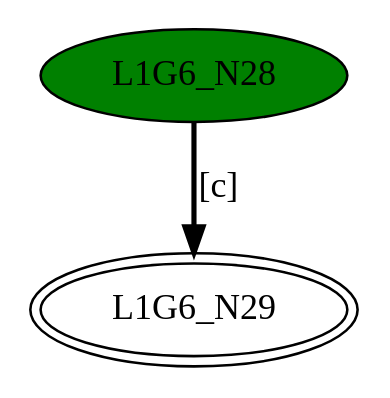
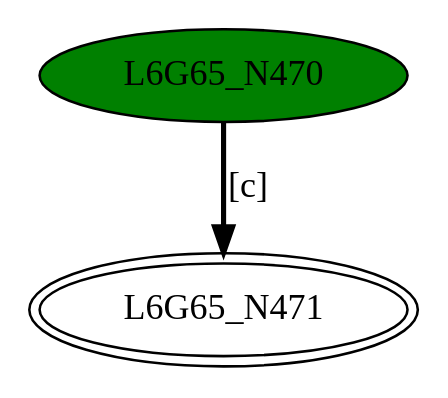
The diagram in DFASimulator/Testbench/BasicChar_[c].dot (GDimitroulakos/EDUFLEX), drawn with Graphviz before and after one commit. The commit also changed 192 other files, not shown here.

```diff
--- a/DFASimulator/Testbench/BasicChar_[c].dot
+++ b/DFASimulator/Testbench/BasicChar_[c].dot
@@ -1,5 +1,5 @@
-digraph G6{
-"L1G6_N28" [style=filled,fillcolor=green];
-"L1G6_N29" [peripheries=2];
-"L1G6_N28"->"L1G6_N29" [style = bold, label = "[c]"];
+digraph G65{
+"L6G65_N470" [style=filled,fillcolor=green];
+"L6G65_N471" [peripheries=2];
+"L6G65_N470"->"L6G65_N471" [style = bold, label = "[c]"];
 }
```
